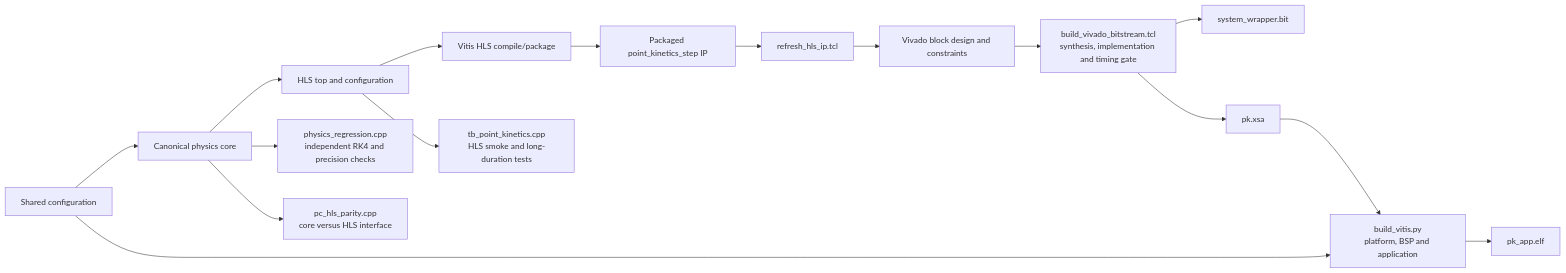
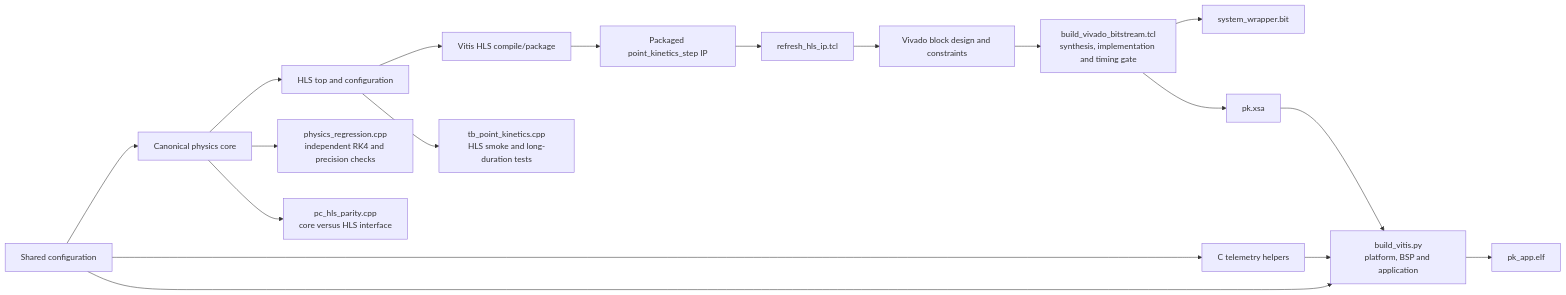
Before and after one commit to CiyviParturi1/ReactorSim: the third of 3 diagrams in docs/architecture.md, drawn with Mermaid. The commit also changed other lines of this file and 22 other files, not shown here.

````diff
--- a/docs/architecture.md
+++ b/docs/architecture.md
@@ -98,29 +102,32 @@
 ```mermaid
 flowchart LR
     CFG["Shared configuration"]
     CORE["Canonical physics core"]
+    CHELP["C telemetry helpers"]
     HLSTOP["HLS top and configuration"]
     HLSBUILD["Vitis HLS compile/package"]
     IP["Packaged point_kinetics_step IP"]
     REFRESH["refresh_hls_ip.tcl"]
     BD["Vivado block design and constraints"]
     VIVADO["build_vivado_bitstream.tcl<br/>synthesis, implementation and timing gate"]
     BIT["system_wrapper.bit"]
     XSA["pk.xsa"]
     VITIS["build_vitis.py<br/>platform, BSP and application"]
     ELF["pk_app.elf"]
 
     CFG --> CORE
+    CFG --> CHELP
     CORE --> HLSTOP
     HLSTOP --> HLSBUILD --> IP
     IP --> REFRESH --> BD
     BD --> VIVADO
     VIVADO --> BIT
     VIVADO --> XSA
     CFG --> VITIS
+    CHELP --> VITIS
     XSA --> VITIS --> ELF
 
     CORE --> PHYS["physics_regression.cpp<br/>independent RK4 and precision checks"]
     CORE --> PARITY["pc_hls_parity.cpp<br/>core versus HLS interface"]
     HLSTOP --> TB["tb_point_kinetics.cpp<br/>HLS smoke and long-duration tests"]
 ```
````
